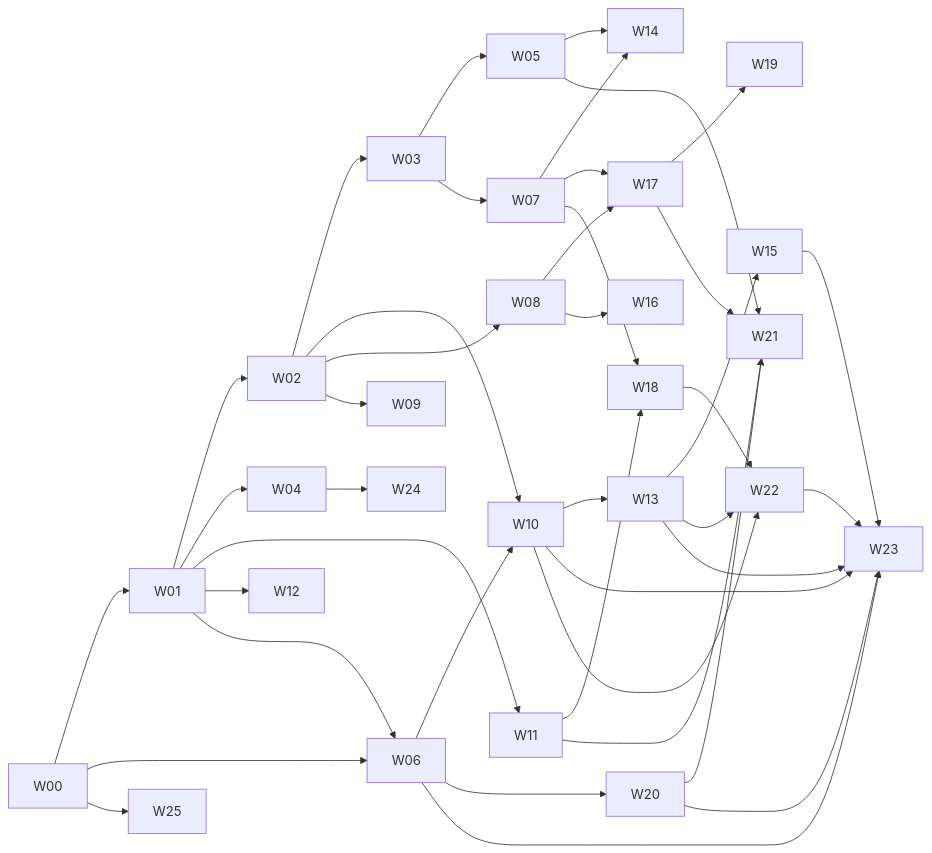
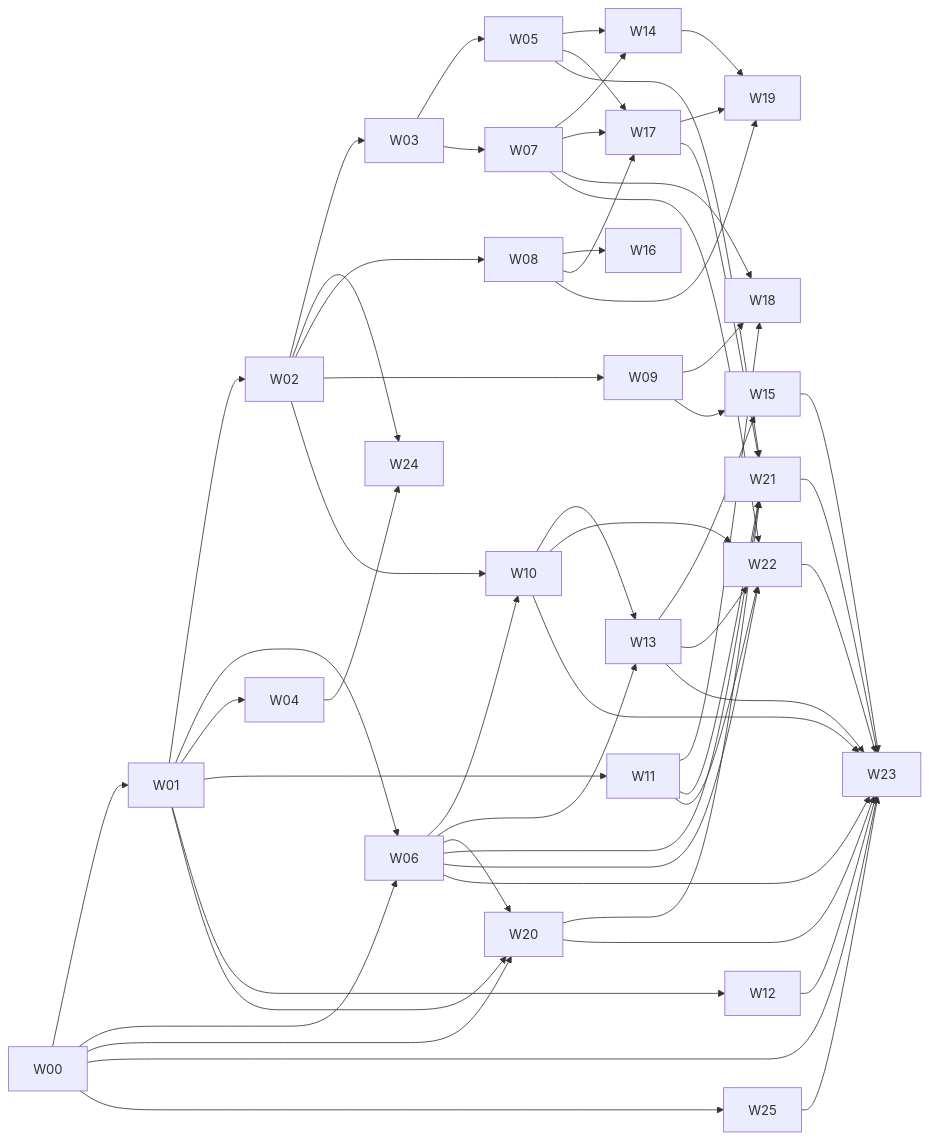
One commit to recferret-bit/terraagent changed the diagram in docs/plan/PRODUCT_WAVES.md. Above: the diagram before and after it, drawn with Mermaid. The commit also changed other lines of this file and 220 other files, not shown here.

````diff
--- a/docs/plan/PRODUCT_WAVES.md
+++ b/docs/plan/PRODUCT_WAVES.md
@@ -46,27 +46,25 @@
 ```mermaid
 flowchart LR
   W00 --> W01 --> W02
-  W02 --> W03 --> W05 --> W14
-  W03 --> W07 --> W14
-  W07 --> W17 --> W19
-  W08 --> W17
-  W17 --> W21
-  W07 --> W18
-  W11 --> W18
-  W01 --> W04 --> W24
-  W00 --> W06 --> W10 --> W13 --> W15
-  W02 --> W10
-  W06 --> W20 --> W21
-  W11 --> W21
-  W13 --> W22
-  W18 --> W22
+  W00 & W01 --> W06
+  W02 --> W03 --> W05
+  W03 --> W07
+  W05 & W07 --> W14
+  W01 --> W04
+  W02 & W04 --> W24
   W02 --> W08 --> W16
   W02 --> W09
   W01 --> W11
   W01 --> W12
-  W06 & W10 & W13 & W15 & W20 & W22 --> W23
+  W05 & W07 & W08 --> W17
+  W08 & W14 & W17 --> W19
+  W07 & W09 & W11 --> W18
+  W02 & W06 --> W10
+  W06 & W10 --> W13
+  W09 & W13 --> W15
+  W00 & W01 & W06 --> W20
+  W05 & W06 & W11 & W17 & W20 --> W21
+  W06 & W07 & W10 & W11 & W13 --> W22
+  W00 & W06 & W10 & W12 & W13 & W15 & W20 & W21 & W22 & W25 --> W23
   W00 --> W25
-  W05 --> W21
-  W10 --> W22
-  W01 --> W06
 ```
````
